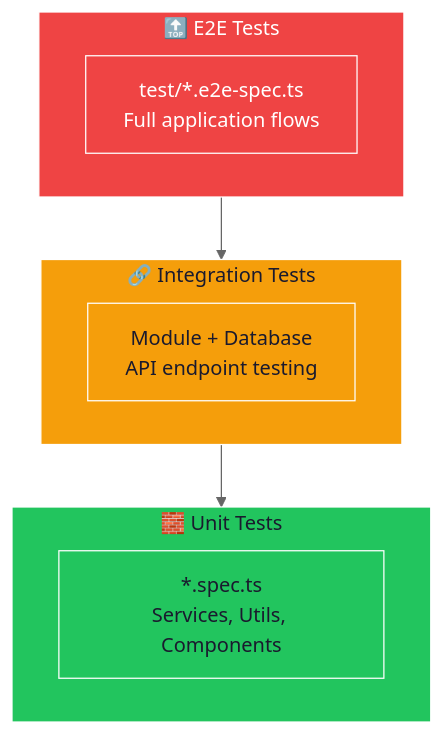
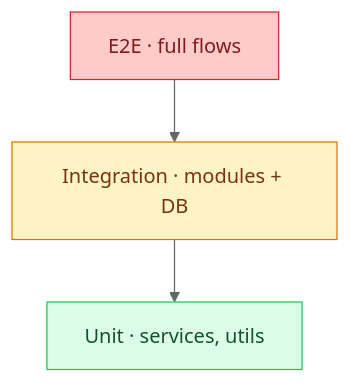
Before and after one commit to Univers42/transcendance: the seventh of 13 diagrams in CONTRIBUTING.md, drawn with Mermaid (neutral theme). The commit also changed other lines of this file, not shown here.

````diff
--- a/CONTRIBUTING.md
+++ b/CONTRIBUTING.md
@@ -741,24 +523,12 @@
 ```mermaid
-flowchart TB
-    subgraph E2E["🔝 E2E Tests"]
-        E2ETests["test/*.e2e-spec.ts\nFull application flows"]
-    end
-    
-    subgraph Integration["🔗 Integration Tests"]
-        IntTests["Module + Database\nAPI endpoint testing"]
-    end
-    
-    subgraph Unit["🧱 Unit Tests"]
-        UnitTests["*.spec.ts\nServices, Utils, Components"]
-    end
+graph TB
+    e2e["E2E · full flows"]
+    int["Integration · modules + DB"]
+    unit["Unit · services, utils"]
 
-    E2E --> Integration
-    Integration --> Unit
+    e2e --> int --> unit
 
-    style E2E fill:#ef4444,stroke:#fff,color:#fff
-    style Integration fill:#f59e0b,stroke:#fff,color:#1a1a2e
-    style Unit fill:#22c55e,stroke:#fff,color:#1a1a2e
-    style E2ETests fill:#ef4444,stroke:#fff,color:#fff
-    style IntTests fill:#f59e0b,stroke:#fff,color:#1a1a2e
-    style UnitTests fill:#22c55e,stroke:#fff,color:#1a1a2e
+    style e2e fill:#fecaca,stroke:#dc2626,color:#7f1d1d
+    style int fill:#fef3c7,stroke:#d97706,color:#78350f
+    style unit fill:#dcfce7,stroke:#22c55e,color:#14532d
 ```
````
